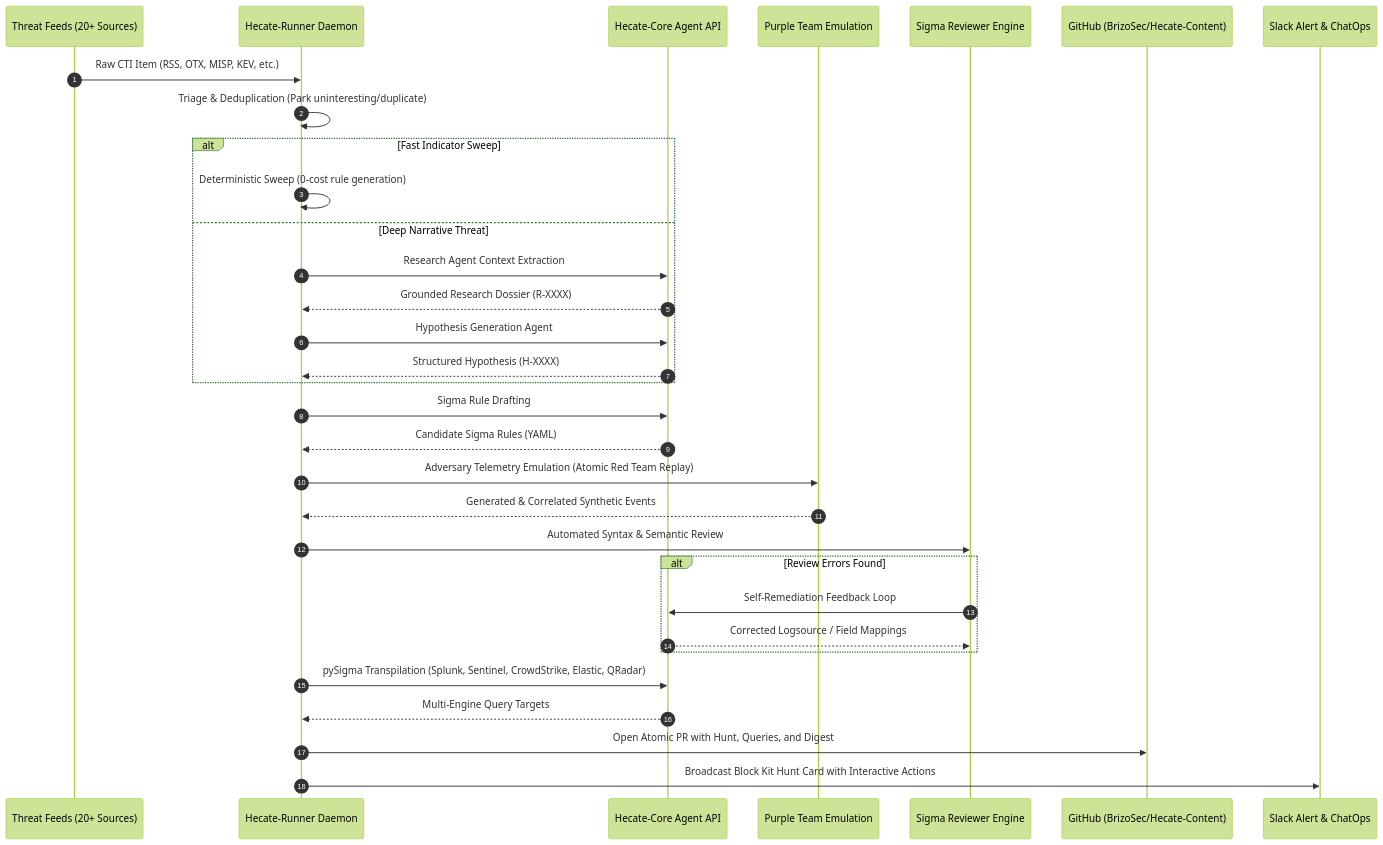
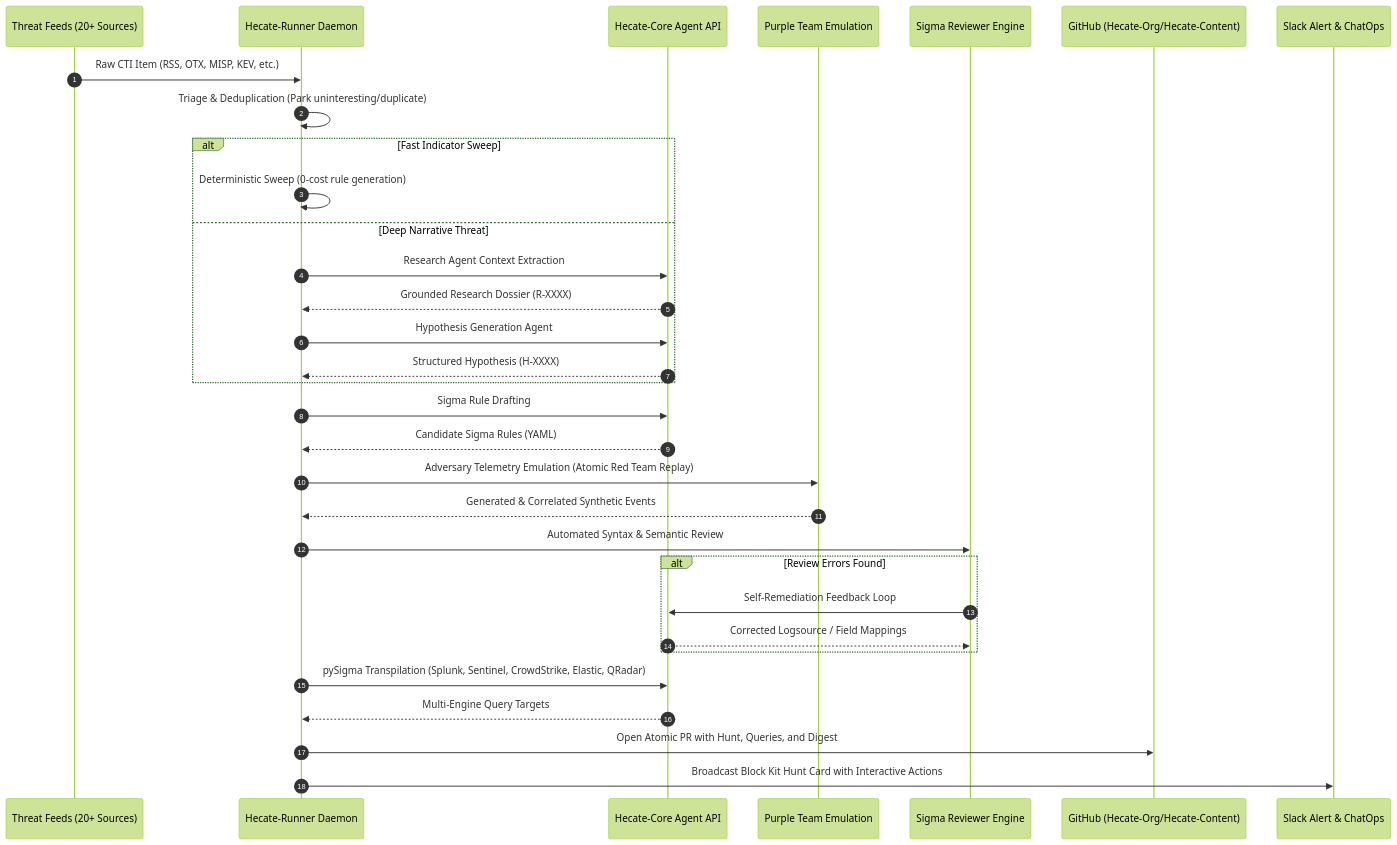
The second of 3 diagrams in docs/ARCHITECTURE.md (BrizoSec/Hecate-Core), drawn with Mermaid (forest theme) before and after one commit. The commit also changed other lines of this file and 39 other files, not shown here.

````diff
--- a/docs/ARCHITECTURE.md
+++ b/docs/ARCHITECTURE.md
@@ -70,35 +70,35 @@
 ```mermaid
 sequenceDiagram
     autonumber
     participant Feeds as Threat Feeds (20+ Sources)
     participant Runner as Hecate-Runner Daemon
     participant Core as Hecate-Core Agent API
     participant Purple as Purple Team Emulation
     participant Reviewer as Sigma Reviewer Engine
-    participant GitHub as GitHub (BrizoSec/Hecate-Content)
+    participant GitHub as GitHub (Hecate-Org/Hecate-Content)
     participant Slack as Slack Alert & ChatOps
 
     Feeds->>Runner: Raw CTI Item (RSS, OTX, MISP, KEV, etc.)
     Runner->>Runner: Triage & Deduplication (Park uninteresting/duplicate)
     alt Fast Indicator Sweep
         Runner->>Runner: Deterministic Sweep (0-cost rule generation)
     else Deep Narrative Threat
         Runner->>Core: Research Agent Context Extraction
         Core-->>Runner: Grounded Research Dossier (R-XXXX)
         Runner->>Core: Hypothesis Generation Agent
         Core-->>Runner: Structured Hypothesis (H-XXXX)
     end
     Runner->>Core: Sigma Rule Drafting
     Core-->>Runner: Candidate Sigma Rules (YAML)
     Runner->>Purple: Adversary Telemetry Emulation (Atomic Red Team Replay)
     Purple-->>Runner: Generated & Correlated Synthetic Events
     Runner->>Reviewer: Automated Syntax & Semantic Review
     alt Review Errors Found
         Reviewer->>Core: Self-Remediation Feedback Loop
         Core-->>Reviewer: Corrected Logsource / Field Mappings
     end
     Runner->>Core: pySigma Transpilation (Splunk, Sentinel, CrowdStrike, Elastic, QRadar)
     Core-->>Runner: Multi-Engine Query Targets
     Runner->>GitHub: Open Atomic PR with Hunt, Queries, and Digest
     Runner->>Slack: Broadcast Block Kit Hunt Card with Interactive Actions
 ```
````
